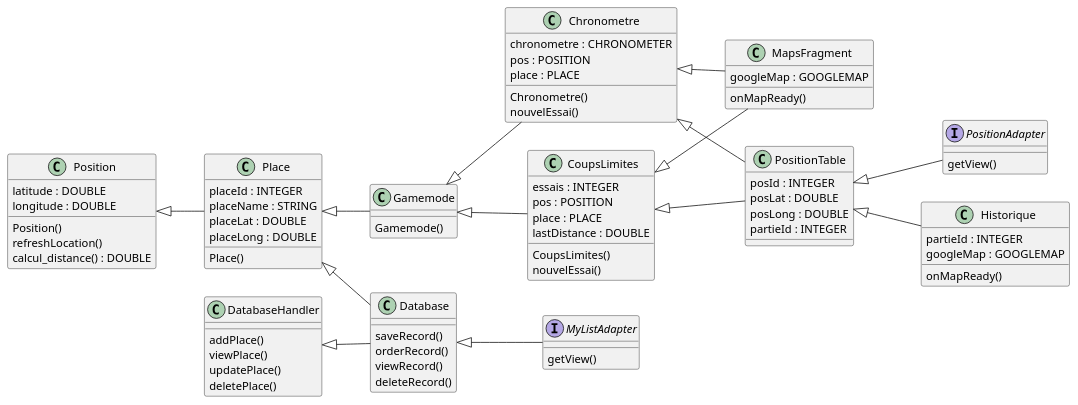
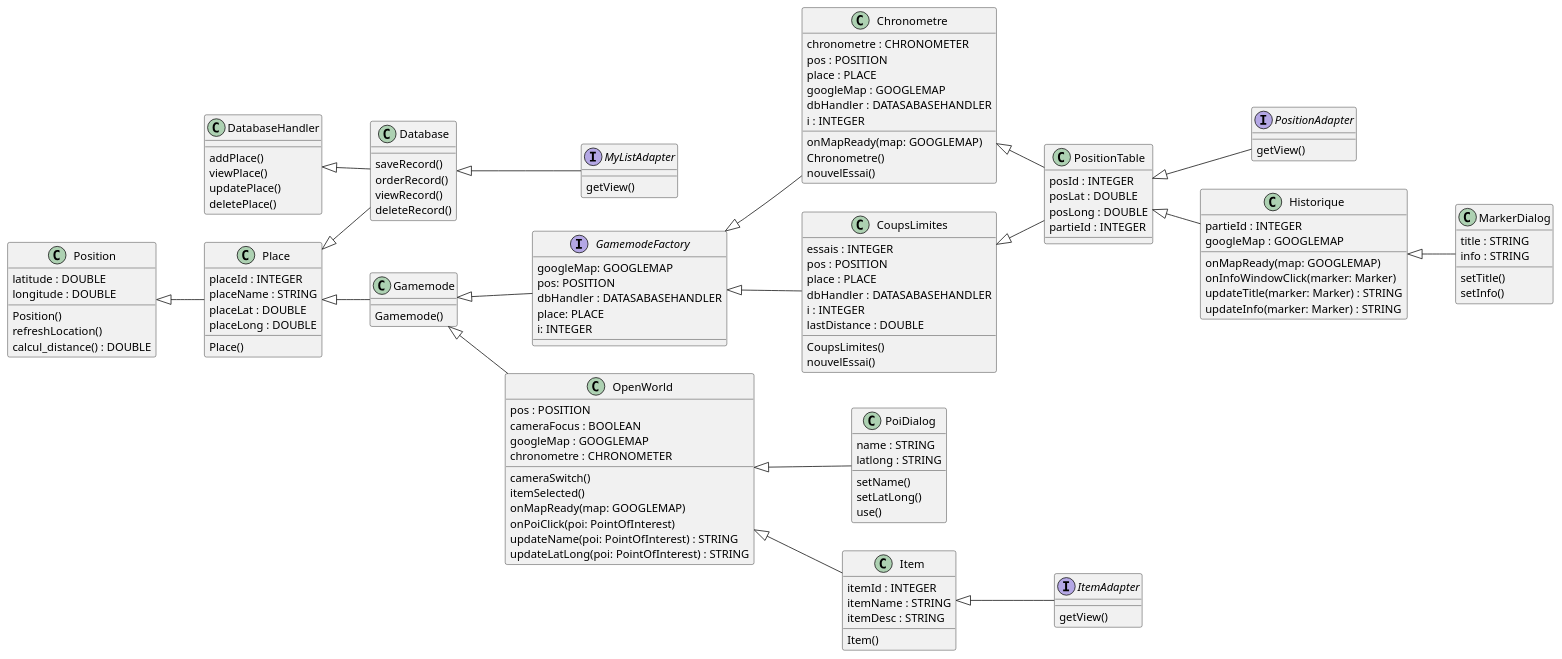
One commit to Kaanar/Akenasia changed the diagram in app/src/docs/UML/@startuml.wsd. Above: the diagram before and after it, drawn with PlantUML. The commit also changed 2 other files, not shown here.

Commit message:
UML update

```diff
--- a/app/src/docs/UML/@startuml.wsd
+++ b/app/src/docs/UML/@startuml.wsd
@@ -1,95 +1,150 @@
 @startuml Akenasia
 left to right direction
 
 class Chronometre {
   chronometre : CHRONOMETER
   pos : POSITION
   place : PLACE
+  googleMap : GOOGLEMAP
+  dbHandler : DATASABASEHANDLER
+  i : INTEGER
+  onMapReady(map: GOOGLEMAP)
   Chronometre()
   nouvelEssai()
-}
-
-class MapsFragment {
-  googleMap : GOOGLEMAP
-  onMapReady()
 }
 
 class Place {
   placeId : INTEGER
   placeName : STRING
   placeLat : DOUBLE
   placeLong : DOUBLE
   Place()
 }
 
 class Database {
   saveRecord()
   orderRecord()
   viewRecord()
   deleteRecord()
 }
 
 class Position {
   latitude : DOUBLE
   longitude : DOUBLE
   Position()
   refreshLocation()
   calcul_distance() : DOUBLE
 }
 
 interface MyListAdapter {
   getView()
 }
 
 class Gamemode {
   Gamemode()
 }
 
 class CoupsLimites {
   essais : INTEGER
   pos : POSITION
   place : PLACE
+  dbHandler : DATASABASEHANDLER
+  i : INTEGER
   lastDistance : DOUBLE
   CoupsLimites()
   nouvelEssai()
 }
 
 class PositionTable {
   posId : INTEGER
   posLat : DOUBLE
   posLong : DOUBLE
   partieId : INTEGER
 }
 
 interface PositionAdapter {
   getView()
 }
 
 class Historique {
   partieId : INTEGER
   googleMap : GOOGLEMAP
-  onMapReady()
+  onMapReady(map: GOOGLEMAP)
+  onInfoWindowClick(marker: Marker) 
+  updateTitle(marker: Marker) : STRING
+  updateInfo(marker: Marker) : STRING
 }
 
 class DatabaseHandler {
   addPlace()
   viewPlace()
   updatePlace()
   deletePlace()
 }
 
+class MarkerDialog {
+  title : STRING
+  info : STRING
+  setTitle()
+  setInfo()
+}
+
+class PoiDialog {
+  name : STRING
+  latlong : STRING
+  setName()
+  setLatLong()
+  use()
+}
+
+class Item {
+  itemId : INTEGER
+  itemName : STRING
+  itemDesc : STRING
+  Item()
+}
+
+interface ItemAdapter {
+  getView()
+}
+
+interface GamemodeFactory {
+  googleMap: GOOGLEMAP
+  pos: POSITION
+  dbHandler : DATASABASEHANDLER
+  place: PLACE
+  i: INTEGER
+}
+
+class OpenWorld {
+  pos : POSITION
+  cameraFocus : BOOLEAN
+  googleMap : GOOGLEMAP
+  chronometre : CHRONOMETER
+  cameraSwitch()
+  itemSelected()
+  onMapReady(map: GOOGLEMAP)
+  onPoiClick(poi: PointOfInterest)
+  updateName(poi: PointOfInterest) : STRING
+  updateLatLong(poi: PointOfInterest) : STRING
+}
+
 Database <|-- MyListAdapter
 DatabaseHandler <|-- Database
 Place <|-- Database
 Position <|-- Place
 Place <|-- Gamemode
-Gamemode <|-- Chronometre
-Gamemode <|-- CoupsLimites
+GamemodeFactory <|-- Chronometre
+GamemodeFactory <|-- CoupsLimites
 Chronometre <|-- PositionTable
 CoupsLimites <|-- PositionTable
 PositionTable <|-- PositionAdapter
 PositionTable <|-- Historique
-Chronometre <|-- MapsFragment
-CoupsLimites <|-- MapsFragment
+Historique <|-- MarkerDialog
+OpenWorld <|-- PoiDialog
+Gamemode <|-- OpenWorld
+OpenWorld <|-- Item
+Item <|-- ItemAdapter
+Gamemode <|-- GamemodeFactory 
 
 @enduml
```
